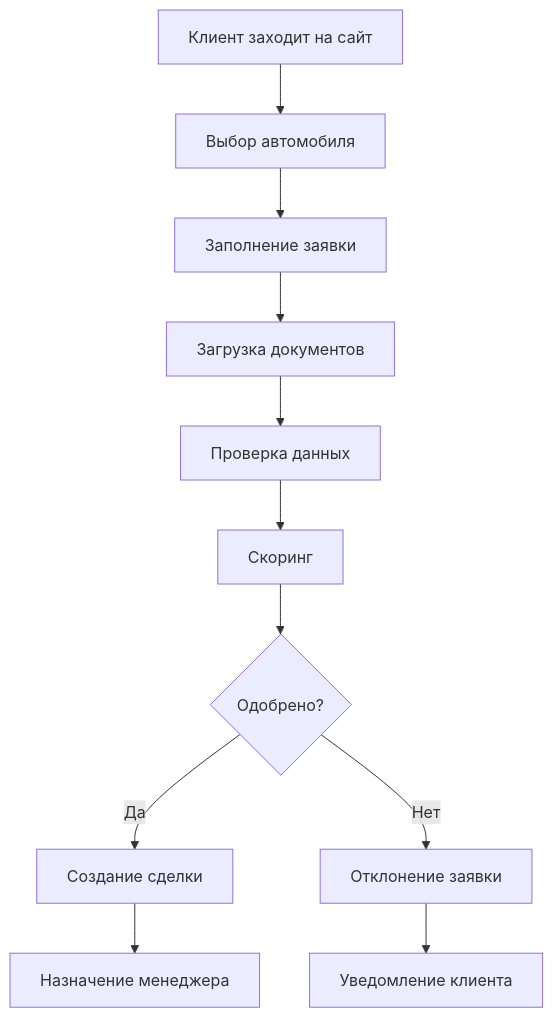
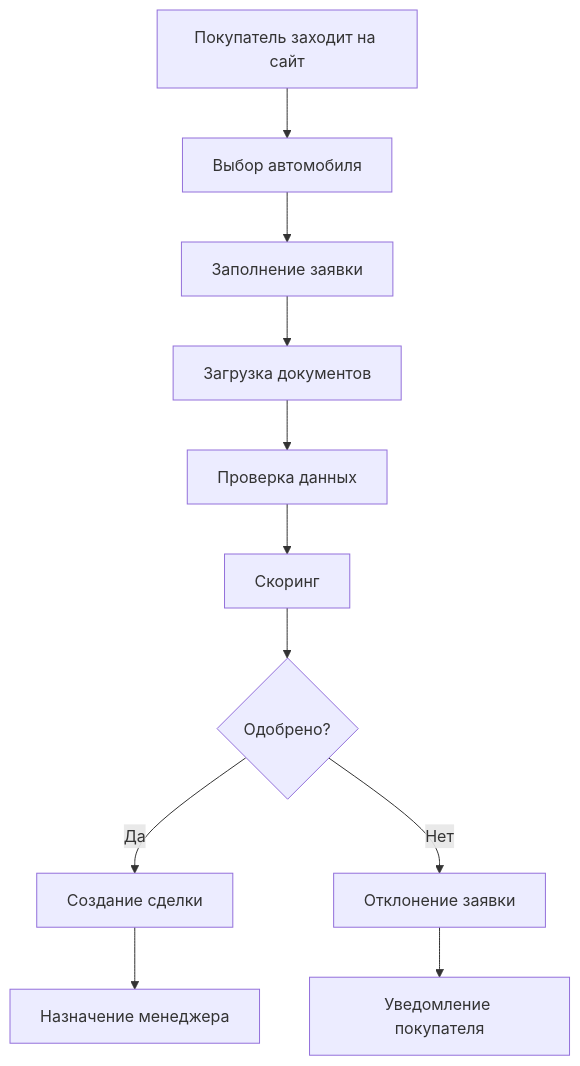
One commit to MagnumMax/fast-lease changed the diagram in database-schema.md. Above: the diagram before and after it, drawn with Mermaid. The commit also changed other lines of this file and 102 other files, not shown here.

````diff
--- a/database-schema.md
+++ b/database-schema.md
@@ -1164,13 +1164,13 @@
 ```mermaid
 graph TD
-    A[Клиент заходит на сайт] --> B[Выбор автомобиля]
+    A[Покупатель заходит на сайт] --> B[Выбор автомобиля]
     B --> C[Заполнение заявки]
     C --> D[Загрузка документов]
     D --> E[Проверка данных]
     E --> F[Скоринг]
     F --> G{Одобрено?}
     G -->|Да| H[Создание сделки]
     G -->|Нет| I[Отклонение заявки]
     H --> J[Назначение менеджера]
-    I --> K[Уведомление клиента]
+    I --> K[Уведомление покупателя]
 ```
````
